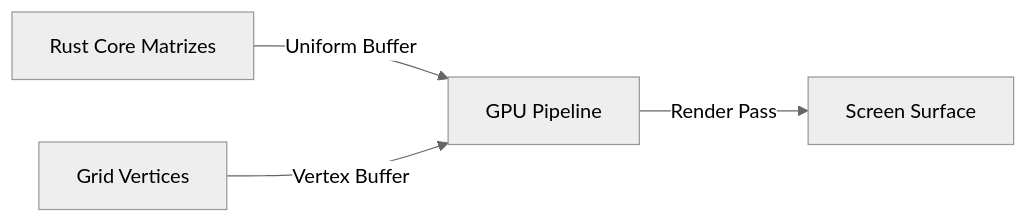
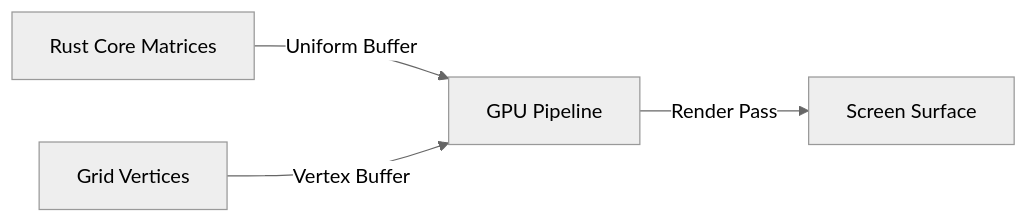
One commit to rodoni/olayer changed the diagram in docs/sdk/native/wgpu_gpu_pipeline/arch.md. Above: the diagram before and after it, drawn with Mermaid (neutral theme). The commit also changed other lines of this file and 29 other files, not shown here.

````diff
--- a/docs/sdk/native/wgpu_gpu_pipeline/arch.md
+++ b/docs/sdk/native/wgpu_gpu_pipeline/arch.md
@@ -11,6 +11,6 @@
 ```mermaid
 graph LR
-    Core[Rust Core Matrizes] -->|Uniform Buffer| GPU[GPU Pipeline]
+    Core[Rust Core Matrices] -->|Uniform Buffer| GPU[GPU Pipeline]
     Grid[Grid Vertices] -->|Vertex Buffer| GPU
     GPU -->|Render Pass| Surface[Screen Surface]
 ```
````
